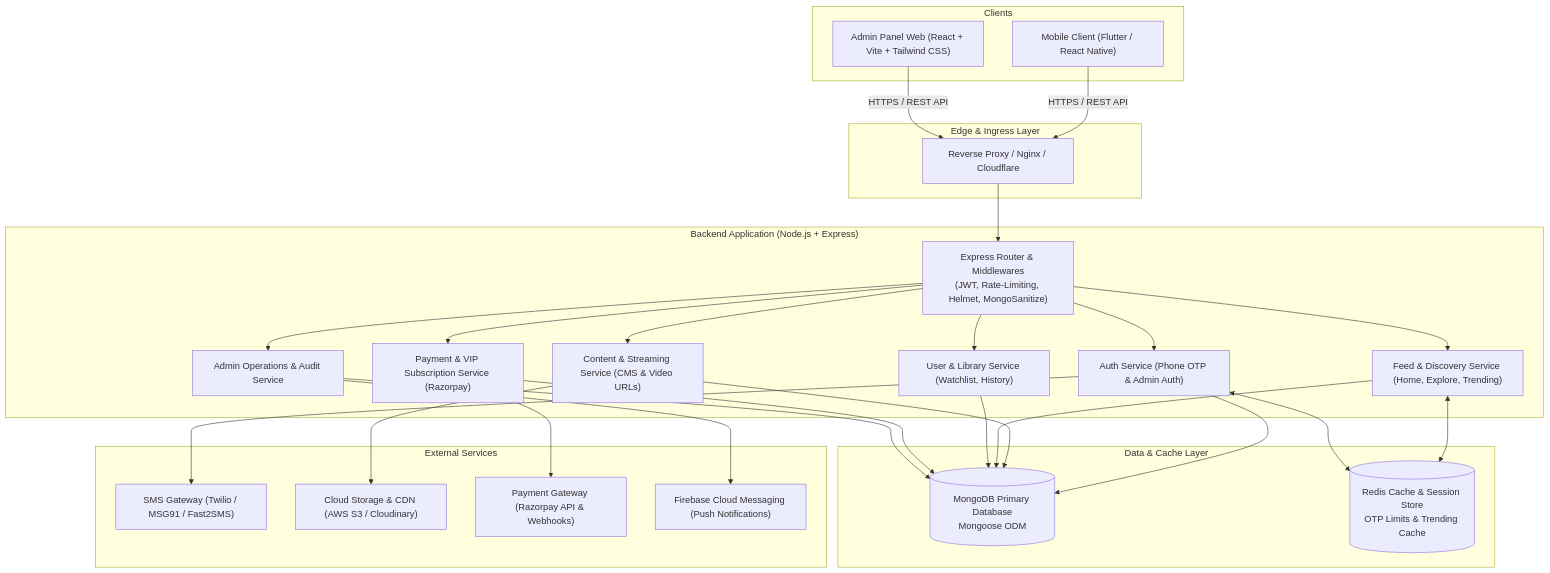
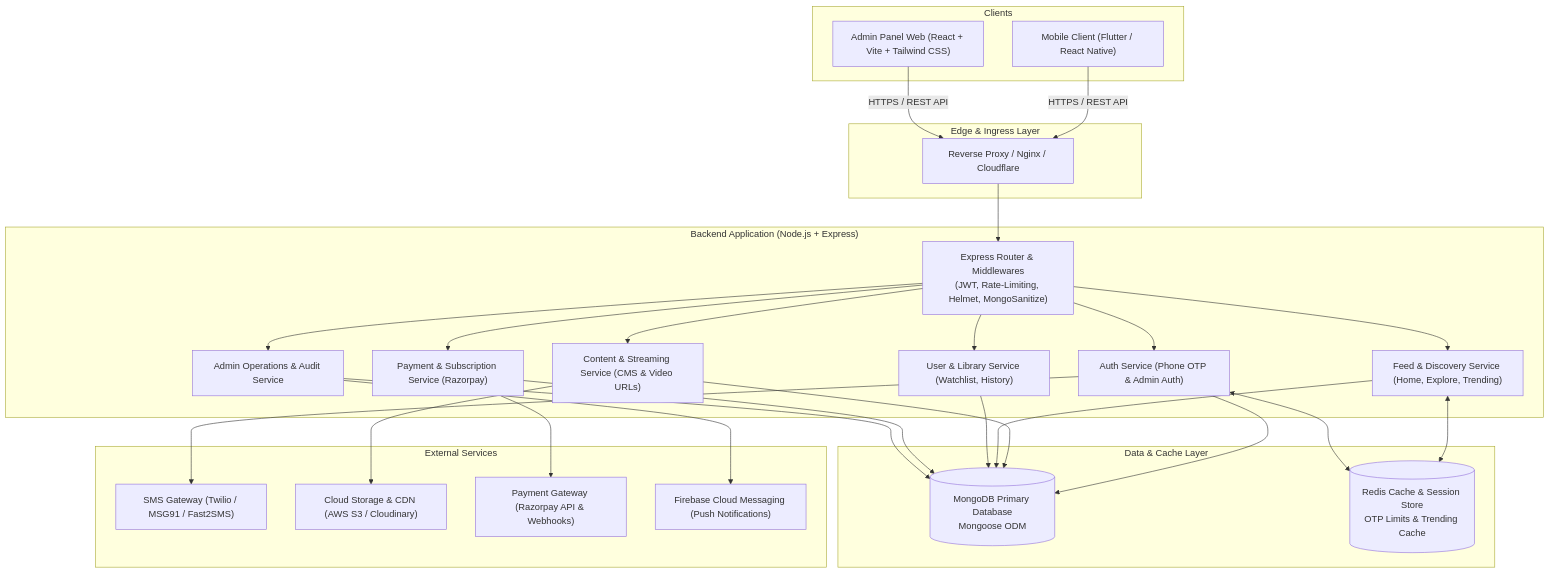
One commit to kritidigitalsolutions/ESQAURE-ADM changed the diagram in docs/Architecture.md. Above: the diagram before and after it, drawn with Mermaid. The commit also changed other lines of this file and 97 other files, not shown here.

````diff
--- a/docs/Architecture.md
+++ b/docs/Architecture.md
@@ -8,59 +8,59 @@
 ```mermaid
 graph TD
     subgraph Clients
         MobileApp["Mobile Client (Flutter / React Native)"]
         AdminWeb["Admin Panel Web (React + Vite + Tailwind CSS)"]
     end
 
     subgraph EdgeLayer ["Edge & Ingress Layer"]
         NginxGateway["Reverse Proxy / Nginx / Cloudflare"]
     end
 
     subgraph AppServers ["Backend Application (Node.js + Express)"]
         APIGateway["Express Router & Middlewares\n(JWT, Rate-Limiting, Helmet, MongoSanitize)"]
         AuthModule["Auth Service (Phone OTP & Admin Auth)"]
         ContentModule["Content & Streaming Service (CMS & Video URLs)"]
         FeedModule["Feed & Discovery Service (Home, Explore, Trending)"]
         UserModule["User & Library Service (Watchlist, History)"]
-        PaymentModule["Payment & VIP Subscription Service (Razorpay)"]
+        PaymentModule["Payment & Subscription Service (Razorpay)"]
         AdminModule["Admin Operations & Audit Service"]
     end
 
     subgraph DataStorage ["Data & Cache Layer"]
         MongoDB[(MongoDB Primary Database\nMongoose ODM)]
         Redis[(Redis Cache & Session Store\nOTP Limits & Trending Cache)]
     end
 
     subgraph ThirdPartyServices ["External Services"]
         SMSGateway["SMS Gateway (Twilio / MSG91 / Fast2SMS)"]
         MediaStorage["Cloud Storage & CDN (AWS S3 / Cloudinary)"]
         PaymentGW["Payment Gateway (Razorpay API & Webhooks)"]
         FCM["Firebase Cloud Messaging (Push Notifications)"]
     end
 
     MobileApp -->|HTTPS / REST API| NginxGateway
     AdminWeb -->|HTTPS / REST API| NginxGateway
     NginxGateway --> APIGateway
 
     APIGateway --> AuthModule
     APIGateway --> ContentModule
     APIGateway --> FeedModule
     APIGateway --> UserModule
     APIGateway --> PaymentModule
     APIGateway --> AdminModule
 
     AuthModule --> SMSGateway
     PaymentModule --> PaymentGW
     ContentModule --> MediaStorage
     AdminModule --> FCM
 
     AuthModule --> MongoDB
     ContentModule --> MongoDB
     FeedModule --> MongoDB
     UserModule --> MongoDB
     PaymentModule --> MongoDB
     AdminModule --> MongoDB
 
     FeedModule <--> Redis
     AuthModule <--> Redis
 ```
````
